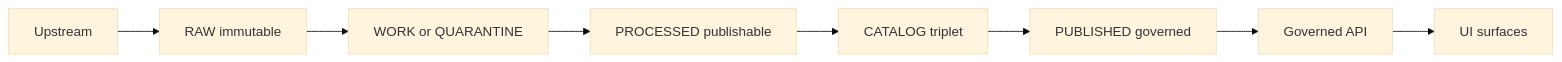
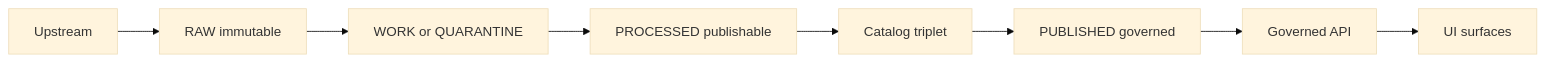
One commit to bartytime4life/Kansas-Frontier-Matrix changed the second of 3 diagrams in docs/README.md. Above: the diagram before and after it, drawn with Mermaid (base theme). The commit also changed other lines of this file, not shown here.

````diff
--- a/docs/README.md
+++ b/docs/README.md
@@ -163,11 +160,10 @@
 ```mermaid
 flowchart LR
   Up[Upstream] --> RAW[RAW immutable]
   RAW --> WORK[WORK or QUARANTINE]
   WORK --> PROCESSED[PROCESSED publishable]
-  PROCESSED --> CAT[CATALOG triplet]
+  PROCESSED --> CAT[Catalog triplet]
   CAT --> PUB[PUBLISHED governed]
-
   PUB --> API[Governed API]
   API --> UI[UI surfaces]
 ```
````
